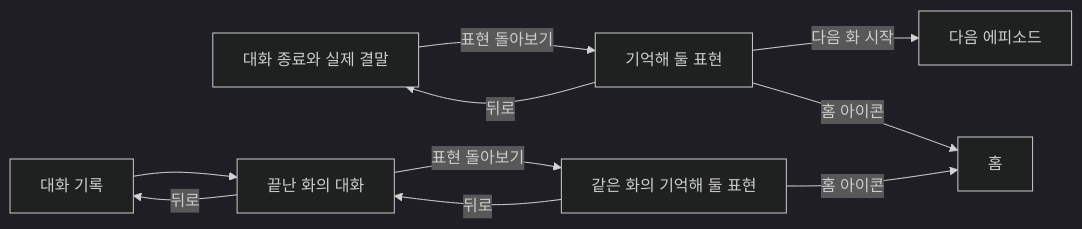
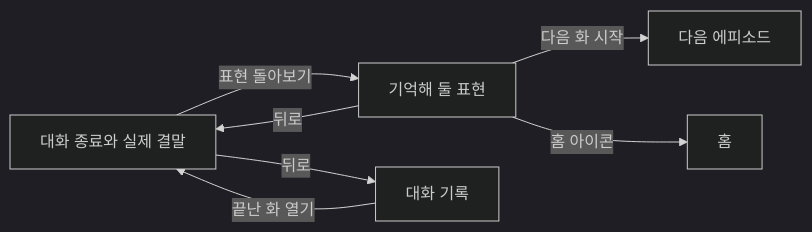
Before and after one commit to toy-crane/flyn: the diagram in docs/specs/episode-expression-review/spec.md, drawn with Mermaid (dark theme). The commit also changed other lines of this file and 1 other file, not shown here.

````diff
--- a/docs/specs/episode-expression-review/spec.md
+++ b/docs/specs/episode-expression-review/spec.md
@@ -45,12 +46,9 @@
 ```mermaid
 flowchart LR
   A[대화 종료와 실제 결말] -->|표현 돌아보기| B[기억해 둘 표현]
   B -->|뒤로| A
   B -->|다음 화 시작| C[다음 에피소드]
   B -->|홈 아이콘| D[홈]
-  E[대화 기록] --> F[끝난 화의 대화]
-  F -->|표현 돌아보기| G[같은 화의 기억해 둘 표현]
-  G -->|뒤로| F
-  F -->|뒤로| E
-  G -->|홈 아이콘| D
+  E[대화 기록] -->|끝난 화 열기| A
+  A -->|뒤로| E
 ```
````
